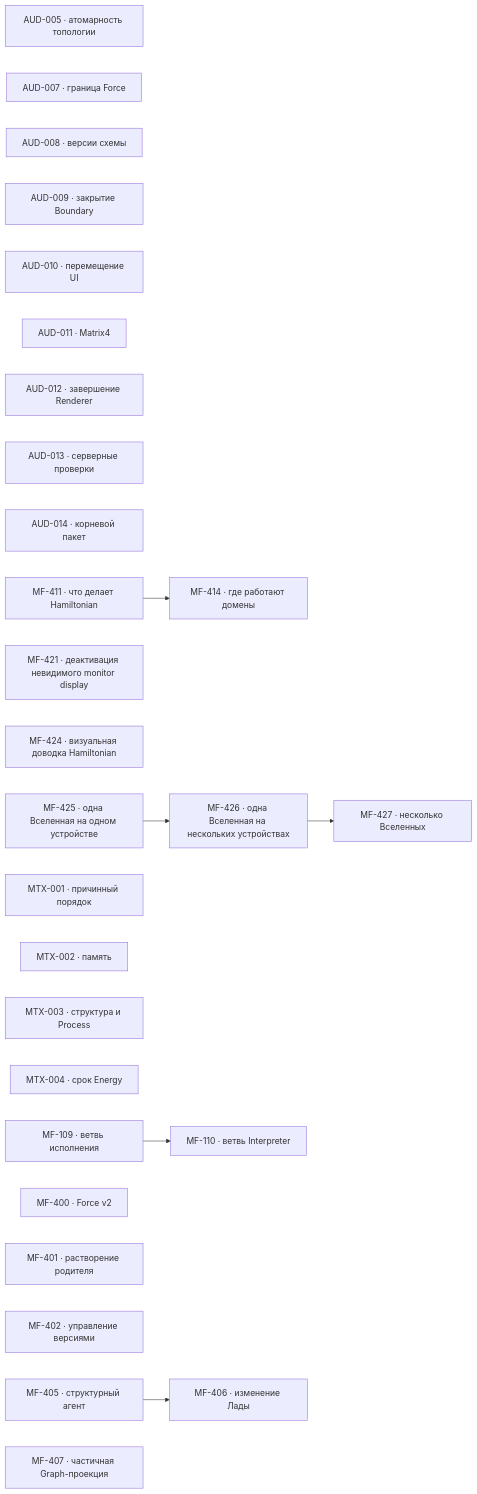
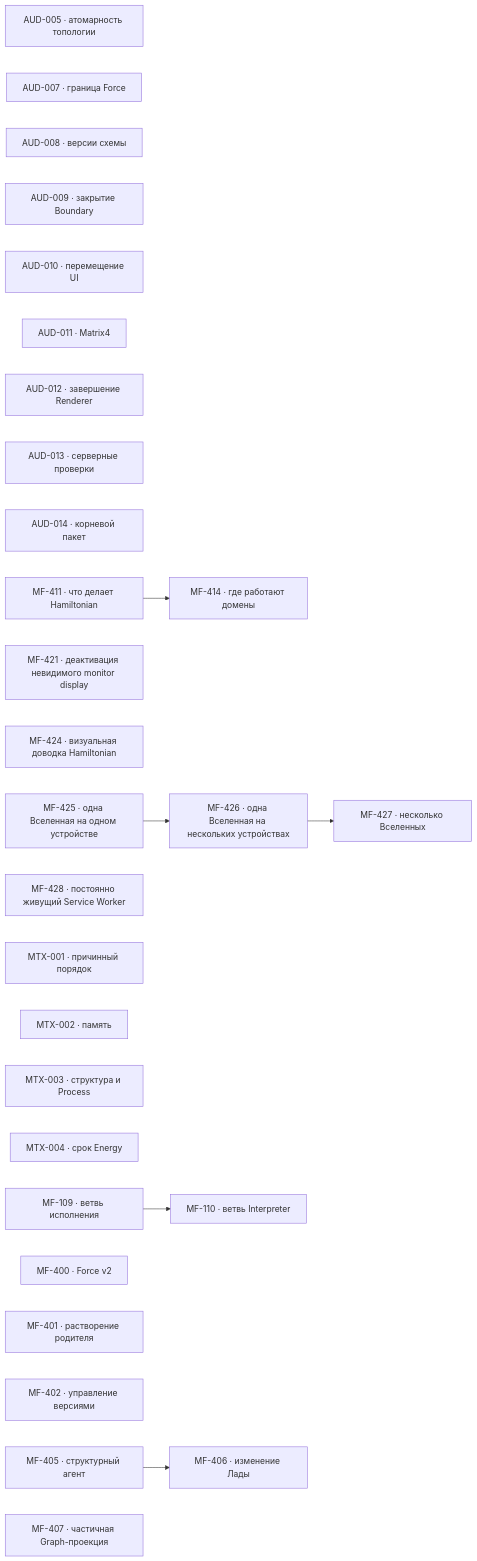
Before and after one commit to zavx0z/metafor: the diagram in project/TODO.md, drawn with Mermaid. The commit also changed other lines of this file and 2 other files, not shown here.

Commit message:
project: start MF-428 persistent service worker

````diff
--- a/project/TODO.md
+++ b/project/TODO.md
@@ -13,36 +13,37 @@
 ```mermaid
 flowchart LR
     AUD005["AUD-005 · атомарность топологии"]
     AUD007["AUD-007 · граница Force"]
     AUD008["AUD-008 · версии схемы"]
     AUD009["AUD-009 · закрытие Boundary"]
     AUD010["AUD-010 · перемещение UI"]
     AUD011["AUD-011 · Matrix4"]
     AUD012["AUD-012 · завершение Renderer"]
     AUD013["AUD-013 · серверные проверки"]
     AUD014["AUD-014 · корневой пакет"]
     MF411["MF-411 · что делает Hamiltonian"]
     MF414["MF-414 · где работают домены"]
     MF421["MF-421 · деактивация невидимого monitor display"]
     MF424["MF-424 · визуальная доводка Hamiltonian"]
     MF425["MF-425 · одна Вселенная на одном устройстве"]
     MF426["MF-426 · одна Вселенная на нескольких устройствах"]
     MF427["MF-427 · несколько Вселенных"]
+    MF428["MF-428 · постоянно живущий Service Worker"]
     MTX001["MTX-001 · причинный порядок"]
     MTX002["MTX-002 · память"]
     MTX003["MTX-003 · структура и Process"]
     MTX004["MTX-004 · срок Energy"]
     MF109["MF-109 · ветвь исполнения"]
     MF110["MF-110 · ветвь Interpreter"]
     MF400["MF-400 · Force v2"]
     MF401["MF-401 · растворение родителя"]
     MF402["MF-402 · управление версиями"]
     MF405["MF-405 · структурный агент"]
     MF406["MF-406 · изменение Лады"]
     MF407["MF-407 · частичная Graph-проекция"]
     MF109 --> MF110
     MF405 --> MF406
     MF411 --> MF414
     MF425 --> MF426
     MF426 --> MF427
 ```
````
